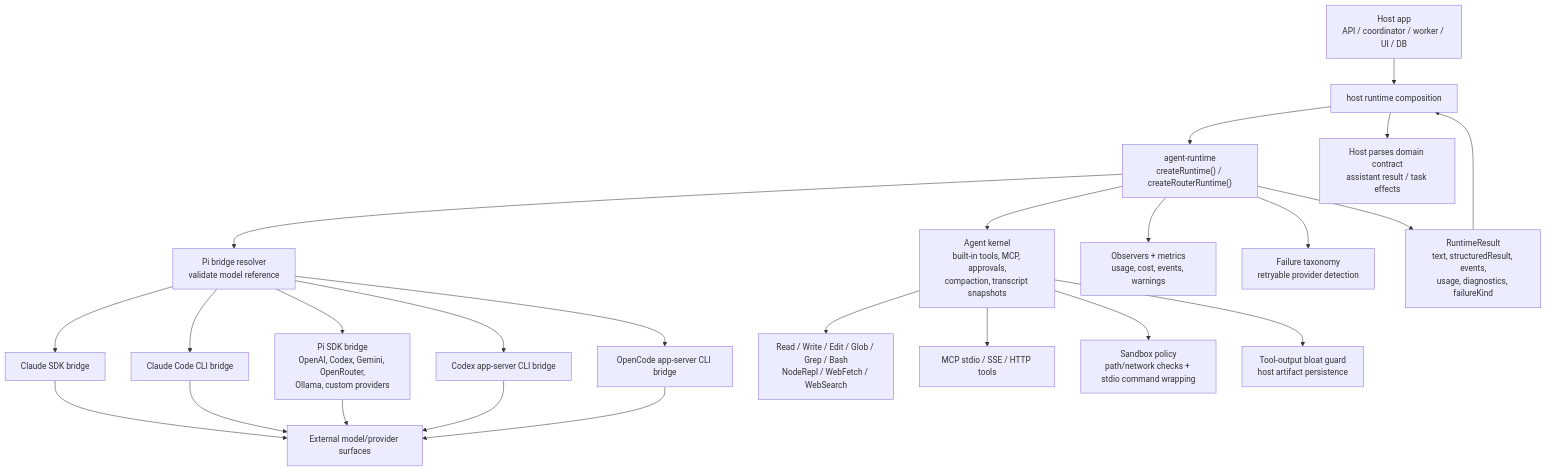
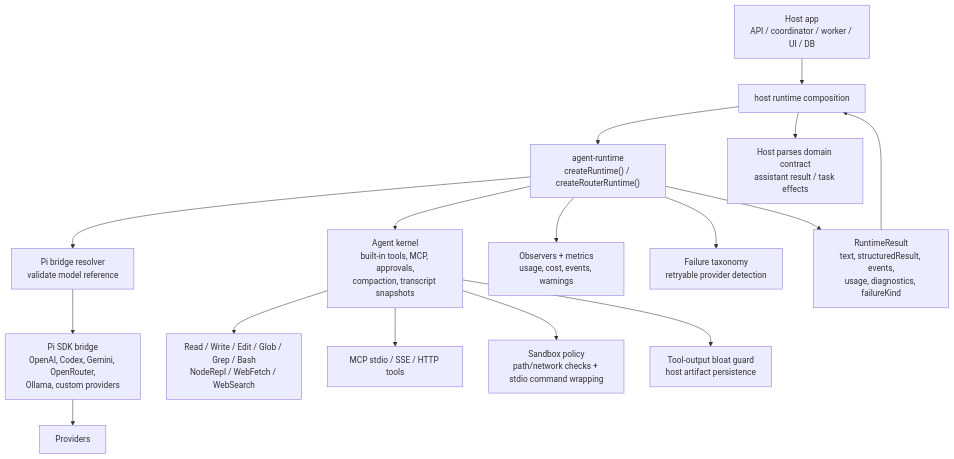
One commit to robertsreberski/mono-agent changed the first of 5 diagrams in packages/agent-runtime/ARCHITECTURE.md. Above: the diagram before and after it, drawn with Mermaid. The commit also changed other lines of this file and 273 other files, not shown here.

````diff
--- a/packages/agent-runtime/ARCHITECTURE.md
+++ b/packages/agent-runtime/ARCHITECTURE.md
@@ -32,32 +34,24 @@
 ```mermaid
 flowchart TB
   HostApp["Host app<br/>API / coordinator / worker / UI / DB"] --> CoreAI["host runtime composition"]
 
   CoreAI --> Runtime["agent-runtime<br/>createRuntime() / createRouterRuntime()"]
 
   Runtime --> Registry["Pi bridge resolver<br/>validate model reference"]
   Runtime --> AgentKernel["Agent kernel<br/>built-in tools, MCP, approvals,<br/>compaction, transcript snapshots"]
   Runtime --> Observability["Observers + metrics<br/>usage, cost, events, warnings"]
   Runtime --> Failure["Failure taxonomy<br/>retryable provider detection"]
 
-  Registry --> ClaudeSDK["Claude SDK bridge"]
-  Registry --> ClaudeCLI["Claude Code CLI bridge"]
   Registry --> PiSDK["Pi SDK bridge<br/>OpenAI, Codex, Gemini, OpenRouter,<br/>Ollama, custom providers"]
-  Registry --> CodexApp["Codex app-server CLI bridge"]
-  Registry --> OpenCodeApp["OpenCode app-server CLI bridge"]
 
   AgentKernel --> Builtins["Read / Write / Edit / Glob / Grep / Bash<br/>NodeRepl / WebFetch / WebSearch"]
   AgentKernel --> MCP["MCP stdio / SSE / HTTP tools"]
   AgentKernel --> Sandbox["Sandbox policy<br/>path/network checks + stdio command wrapping"]
   AgentKernel --> Artifacts["Tool-output bloat guard<br/>host artifact persistence"]
 
-  ClaudeSDK --> Providers["External model/provider surfaces"]
-  ClaudeCLI --> Providers
   PiSDK --> Providers
-  CodexApp --> Providers
-  OpenCodeApp --> Providers
 
   Runtime --> Result["RuntimeResult<br/>text, structuredResult, events,<br/>usage, diagnostics, failureKind"]
   Result --> CoreAI
   CoreAI --> HostContract["Host parses domain contract<br/>assistant result / task effects"]
 ```
````
